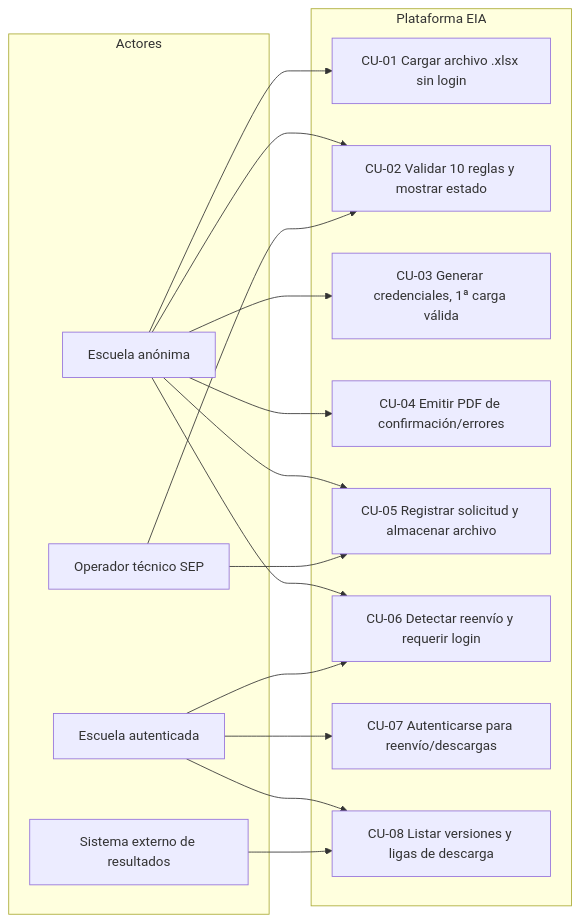
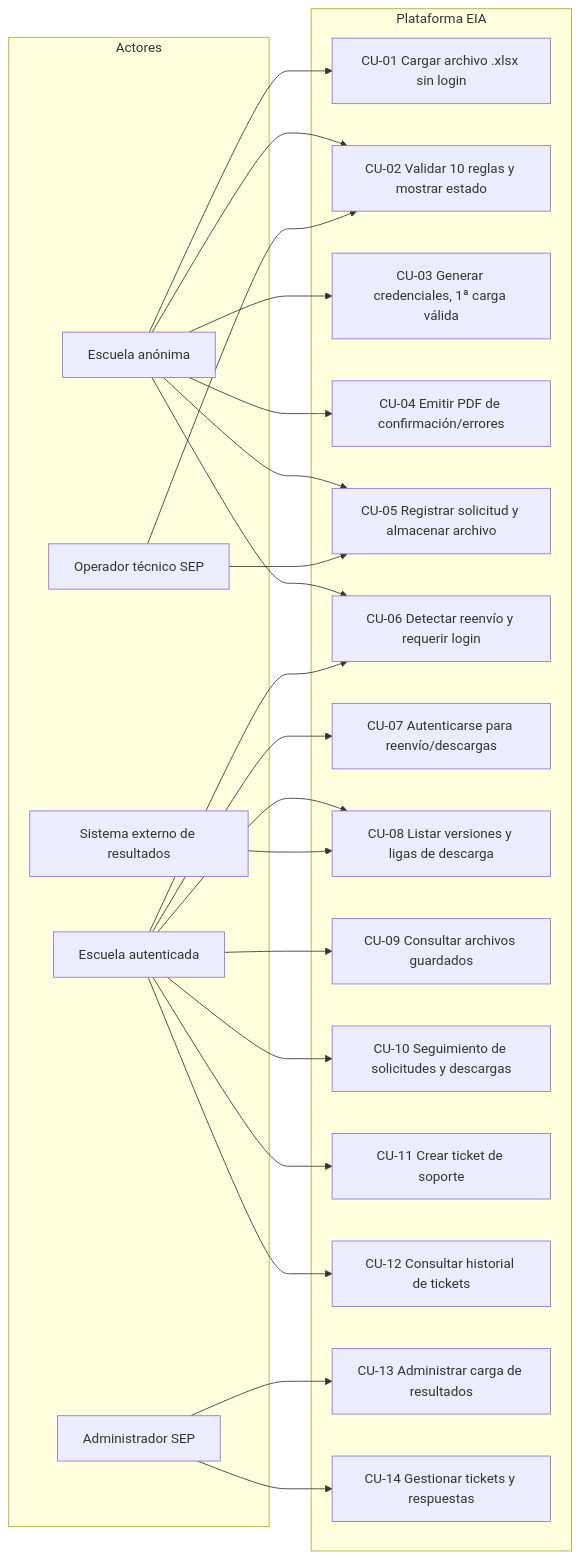
One commit to dleonsystem/sep_evaluacion_diagnostica changed the diagram in web/doc/casos_uso.md. Above: the diagram before and after it, drawn with Mermaid. The commit also changed other lines of this file and 1 other file, not shown here.

````diff
--- a/web/doc/casos_uso.md
+++ b/web/doc/casos_uso.md
@@ -5,36 +5,50 @@
 ```mermaid
 flowchart LR
     subgraph Actores
         A[Escuela anónima]
         B[Escuela autenticada]
         C[Sistema externo de resultados]
         D[Operador técnico SEP]
+        E[Administrador SEP]
     end
 
     subgraph Sistema[Plataforma EIA]
         CU1[CU-01 Cargar archivo .xlsx sin login]
         CU2[CU-02 Validar 10 reglas y mostrar estado]
         CU3[CU-03 Generar credenciales, 1ª carga válida]
         CU4[CU-04 Emitir PDF de confirmación/errores]
         CU5[CU-05 Registrar solicitud y almacenar archivo]
         CU6[CU-06 Detectar reenvío y requerir login]
         CU7[CU-07 Autenticarse para reenvío/descargas]
         CU8[CU-08 Listar versiones y ligas de descarga]
+        CU9[CU-09 Consultar archivos guardados]
+        CU10[CU-10 Seguimiento de solicitudes y descargas]
+        CU11[CU-11 Crear ticket de soporte]
+        CU12[CU-12 Consultar historial de tickets]
+        CU13[CU-13 Administrar carga de resultados]
+        CU14[CU-14 Gestionar tickets y respuestas]
     end
 
     A --> CU1
     A --> CU2
     A --> CU3
     A --> CU4
     A --> CU5
     A --> CU6
 
     B --> CU6
     B --> CU7
     B --> CU8
+    B --> CU9
+    B --> CU10
+    B --> CU11
+    B --> CU12
 
     C --> CU8
 
     D --> CU2
     D --> CU5
+
+    E --> CU13
+    E --> CU14
 ```
````
